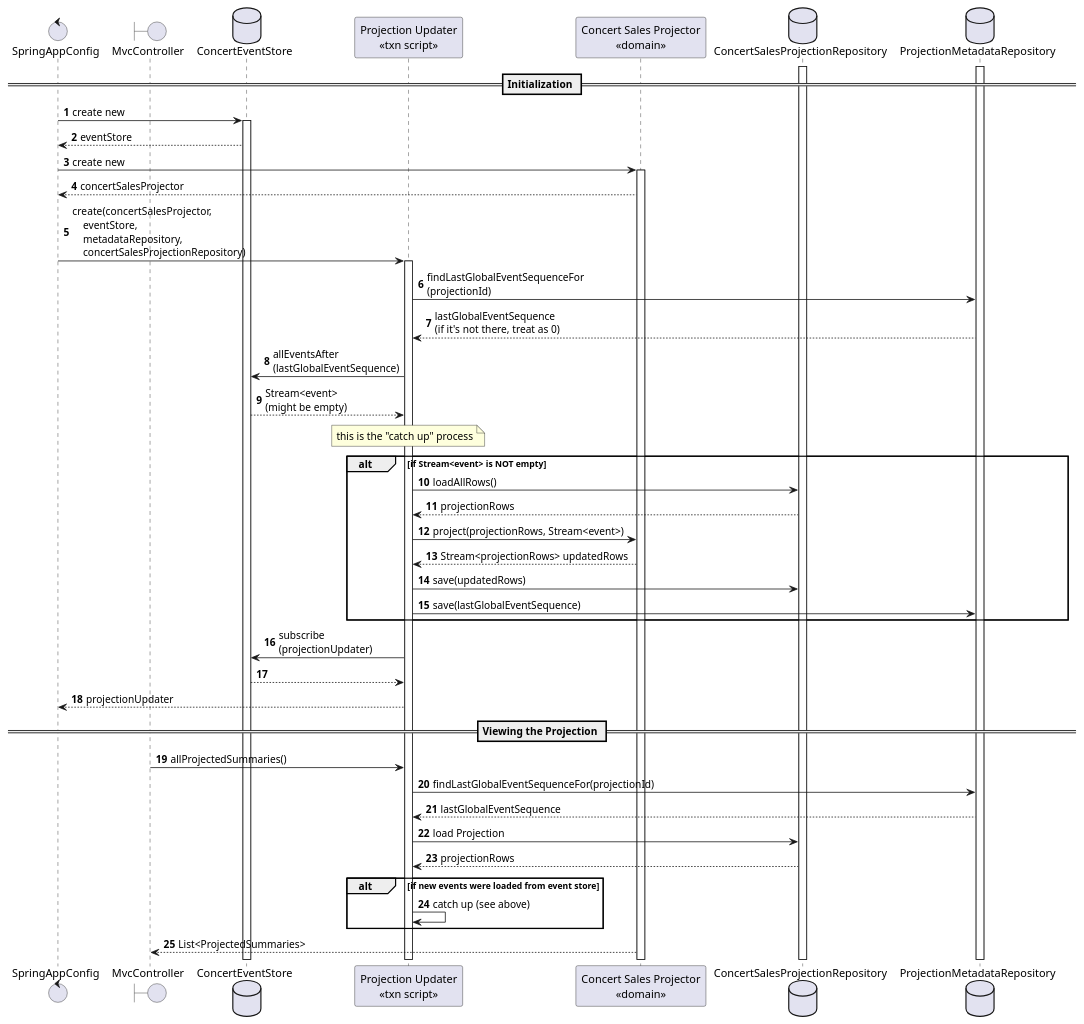
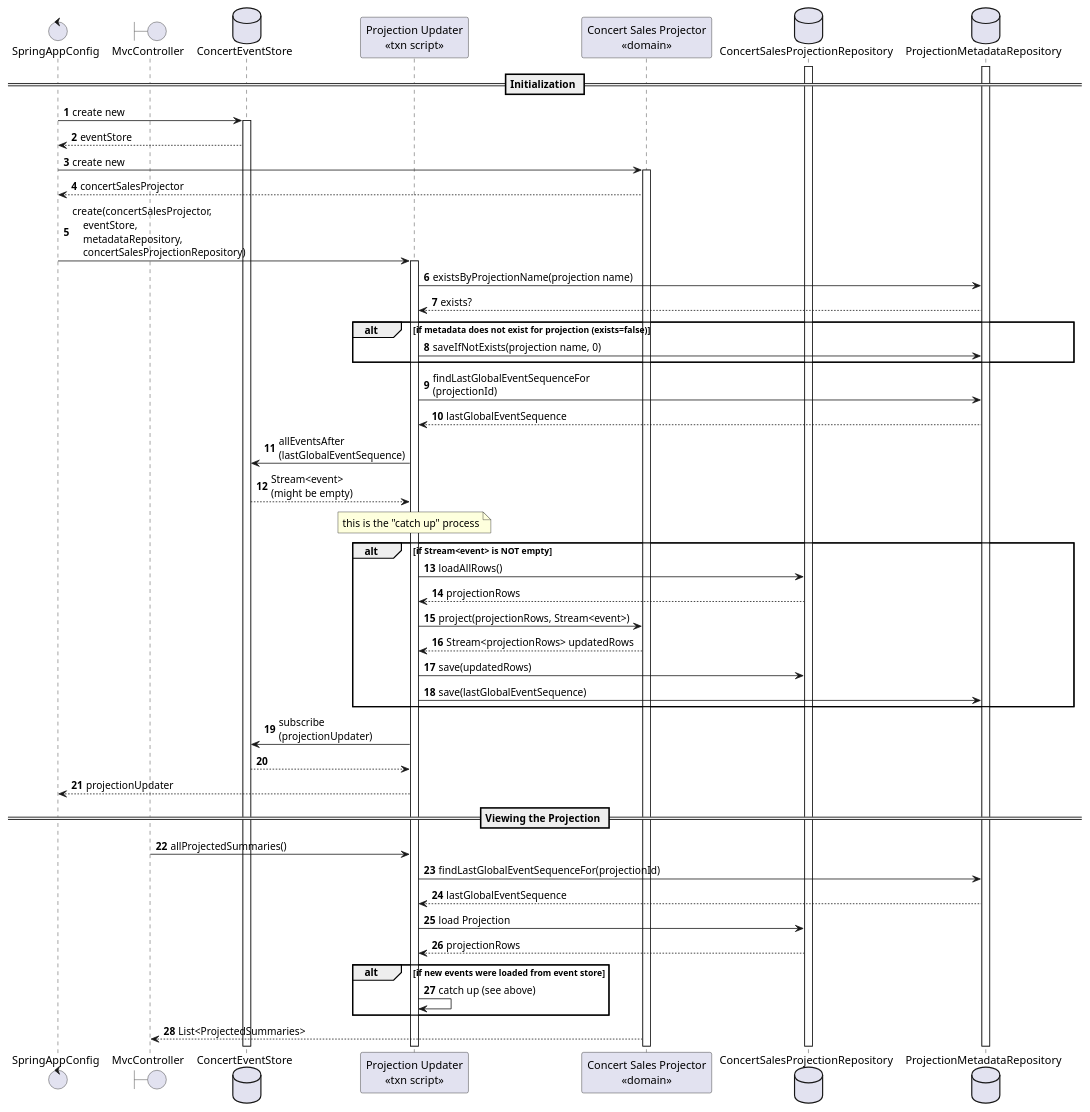
The diagram in projector-with-separated-concerns.puml (jitterted/jitterticket-event-sourced), drawn with PlantUML before and after one commit. The commit also changed 14 other files, not shown here.

First line of the commit message:
Added global event sequence to the EventDto so the EventStore can find events after a specific GES

```diff
--- a/projector-with-separated-concerns.puml
+++ b/projector-with-separated-concerns.puml
@@ -1,56 +1,61 @@
 @startuml
 'https://plantuml.com/sequence-diagram
 
 autonumber
 
 control SpringAppConfig
 boundary MvcController
 database ConcertEventStore
 participant ProjectionUpdater as "Projection Updater\n<<txn script>>"
 participant ConcertSalesProjector as "Concert Sales Projector\n<<domain>>"
 database ConcertSalesProjectionRepository
 database ProjectionMetadataRepository
 
 == Initialization ==
 
 activate ProjectionMetadataRepository
 activate ConcertSalesProjectionRepository
 SpringAppConfig -> ConcertEventStore: create new
 activate ConcertEventStore
 ConcertEventStore --> SpringAppConfig: eventStore
 SpringAppConfig -> ConcertSalesProjector: create new
 activate ConcertSalesProjector
 ConcertSalesProjector --> SpringAppConfig: concertSalesProjector
 SpringAppConfig -> ProjectionUpdater: create(concertSalesProjector,\n    eventStore,\n    metadataRepository,\n    concertSalesProjectionRepository)
 activate ProjectionUpdater
+ProjectionUpdater -> ProjectionMetadataRepository: existsByProjectionName(projection name)
+ProjectionMetadataRepository --> ProjectionUpdater: exists?
+alt if metadata does not exist for projection (exists=false)
+    ProjectionUpdater -> ProjectionMetadataRepository: saveIfNotExists(projection name, 0)
+end
 ProjectionUpdater -> ProjectionMetadataRepository: findLastGlobalEventSequenceFor\n(projectionId)
-ProjectionMetadataRepository --> ProjectionUpdater: lastGlobalEventSequence\n(if it's not there, treat as 0)
+ProjectionMetadataRepository --> ProjectionUpdater: lastGlobalEventSequence
 ProjectionUpdater -> ConcertEventStore: allEventsAfter\n(lastGlobalEventSequence)
 ConcertEventStore --> ProjectionUpdater: Stream<event>\n(might be empty)
 note over ProjectionUpdater: this is the "catch up" process
 alt if Stream<event> is NOT empty
     ProjectionUpdater -> ConcertSalesProjectionRepository: loadAllRows()
     ConcertSalesProjectionRepository --> ProjectionUpdater: projectionRows
     ProjectionUpdater -> ConcertSalesProjector: project(projectionRows, Stream<event>)
     ConcertSalesProjector --> ProjectionUpdater: Stream<projectionRows> updatedRows
     ProjectionUpdater -> ConcertSalesProjectionRepository: save(updatedRows)
     ProjectionUpdater -> ProjectionMetadataRepository: save(lastGlobalEventSequence)
 end
 ProjectionUpdater -> ConcertEventStore: subscribe\n(projectionUpdater)
 ConcertEventStore --> ProjectionUpdater
 ProjectionUpdater --> SpringAppConfig: projectionUpdater
 
 == Viewing the Projection ==
 
 MvcController -> ProjectionUpdater: allProjectedSummaries()
 ProjectionUpdater -> ProjectionMetadataRepository: findLastGlobalEventSequenceFor(projectionId)
 ProjectionMetadataRepository --> ProjectionUpdater: lastGlobalEventSequence
 ProjectionUpdater -> ConcertSalesProjectionRepository: load Projection
 ConcertSalesProjectionRepository --> ProjectionUpdater: projectionRows
 alt if new events were loaded from event store
     ProjectionUpdater -> ProjectionUpdater: catch up (see above)
 end
 
 ConcertSalesProjector --> MvcController: List<ProjectedSummaries>
 
 @enduml
```
